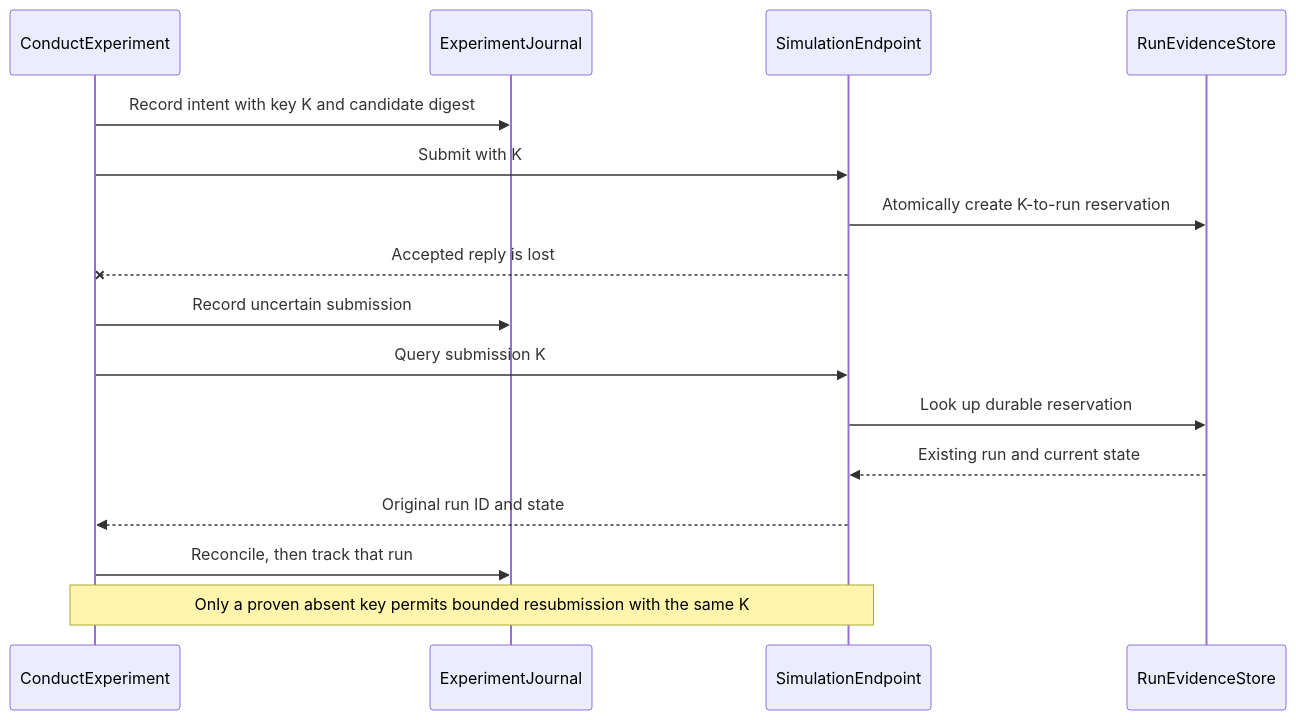
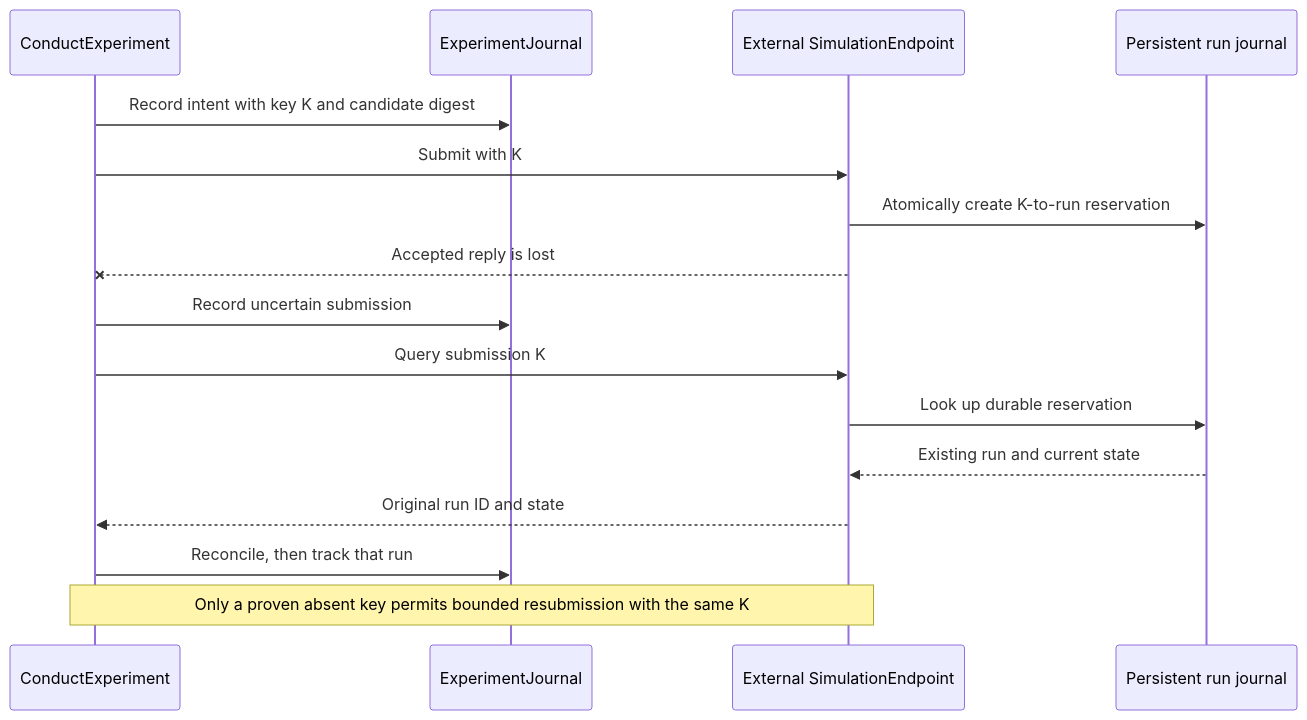
Before and after one commit to NadimGhaznavi/nd3g: the sixth of 8 diagrams in docs/architecture/02-analysis-model.md, drawn with Mermaid. The commit also changed other lines of this file and 9 other files, not shown here.

````diff
--- a/docs/architecture/02-analysis-model.md
+++ b/docs/architecture/02-analysis-model.md
@@ -251,18 +318,18 @@
 ```mermaid
 sequenceDiagram
     participant C as ConductExperiment
     participant J as ExperimentJournal
-    participant S as SimulationEndpoint
-    participant D as RunEvidenceStore
+    participant S as External SimulationEndpoint
+    participant D as Persistent run journal
     C->>J: Record intent with key K and candidate digest
     C->>S: Submit with K
     S->>D: Atomically create K-to-run reservation
     S--xC: Accepted reply is lost
     C->>J: Record uncertain submission
     C->>S: Query submission K
     S->>D: Look up durable reservation
     D-->>S: Existing run and current state
     S-->>C: Original run ID and state
     C->>J: Reconcile, then track that run
     Note over C,S: Only a proven absent key permits bounded resubmission with the same K
 ```
````
